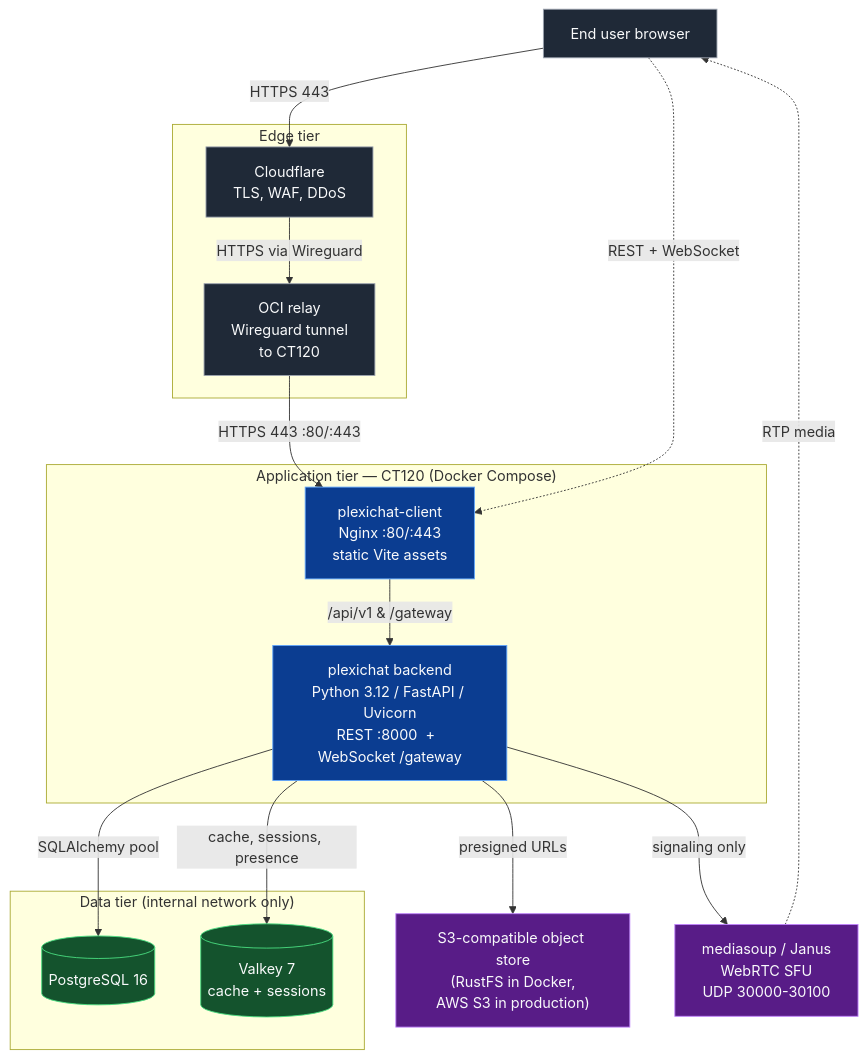
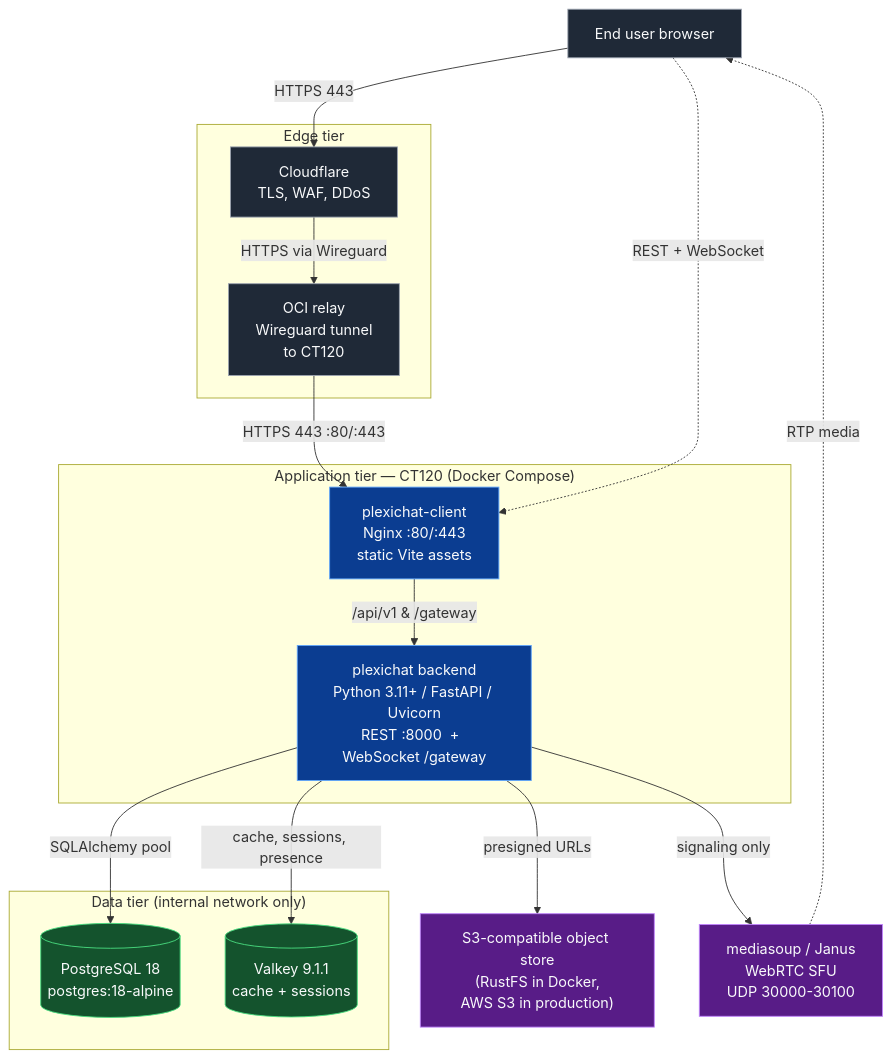
The diagram in docs/deployment/overview.md (plexichat/plexichat), drawn with Mermaid before and after one commit. The commit also changed other lines of this file and 28 other files, not shown here.

````diff
--- a/docs/deployment/overview.md
+++ b/docs/deployment/overview.md
@@ -18,38 +19,38 @@
 ```mermaid
 flowchart TB
     classDef edge fill:#1f2937,stroke:#9ca3af,color:#f9fafb
     classDef app fill:#0b3d91,stroke:#60a5fa,color:#f9fafb
     classDef data fill:#14532d,stroke:#4ade80,color:#f9fafb
     classDef media fill:#581c87,stroke:#c084fc,color:#f9fafb
 
     Browser["End user browser"]:::edge
 
     subgraph Edge["Edge tier"]
         CF["Cloudflare<br/>TLS, WAF, DDoS"]:::edge
         OCI["OCI relay<br/>Wireguard tunnel<br/>to CT120"]:::edge
     end
 
     subgraph App["Application tier  —  CT120 (Docker Compose)"]
         Nginx["plexichat-client<br/>Nginx :80/:443<br/>static Vite assets"]:::app
-        API["plexichat backend<br/>Python 3.12 / FastAPI / Uvicorn<br/>REST :8000  +  WebSocket /gateway"]:::app
+        API["plexichat backend<br/>Python 3.11+ / FastAPI / Uvicorn<br/>REST :8000  +  WebSocket /gateway"]:::app
     end
 
     subgraph Data["Data tier (internal network only)"]
-        PG[("PostgreSQL 16")]:::data
-        RD[("Valkey 7<br/>cache + sessions")]:::data
+        PG[("PostgreSQL 18<br/>postgres:18-alpine")]:::data
+        RD[("Valkey 9.1.1<br/>cache + sessions")]:::data
     end
 
     Bucket["S3-compatible object store<br/>(RustFS in Docker,<br/>AWS S3 in production)"]:::media
     SFU["mediasoup / Janus<br/>WebRTC SFU<br/>UDP 30000-30100"]:::media
 
     Browser -->|HTTPS 443| CF
     CF -->|HTTPS via Wireguard| OCI
     OCI -->|HTTPS 443 :80/:443| Nginx
     Browser -.->|REST + WebSocket| Nginx
     Nginx -->|/api/v1  &  /gateway| API
     API -->|SQLAlchemy pool| PG
     API -->|cache, sessions, presence| RD
     API -->|presigned URLs| Bucket
     API -->|signaling only| SFU
     SFU -.->|RTP media| Browser
 ```
````
